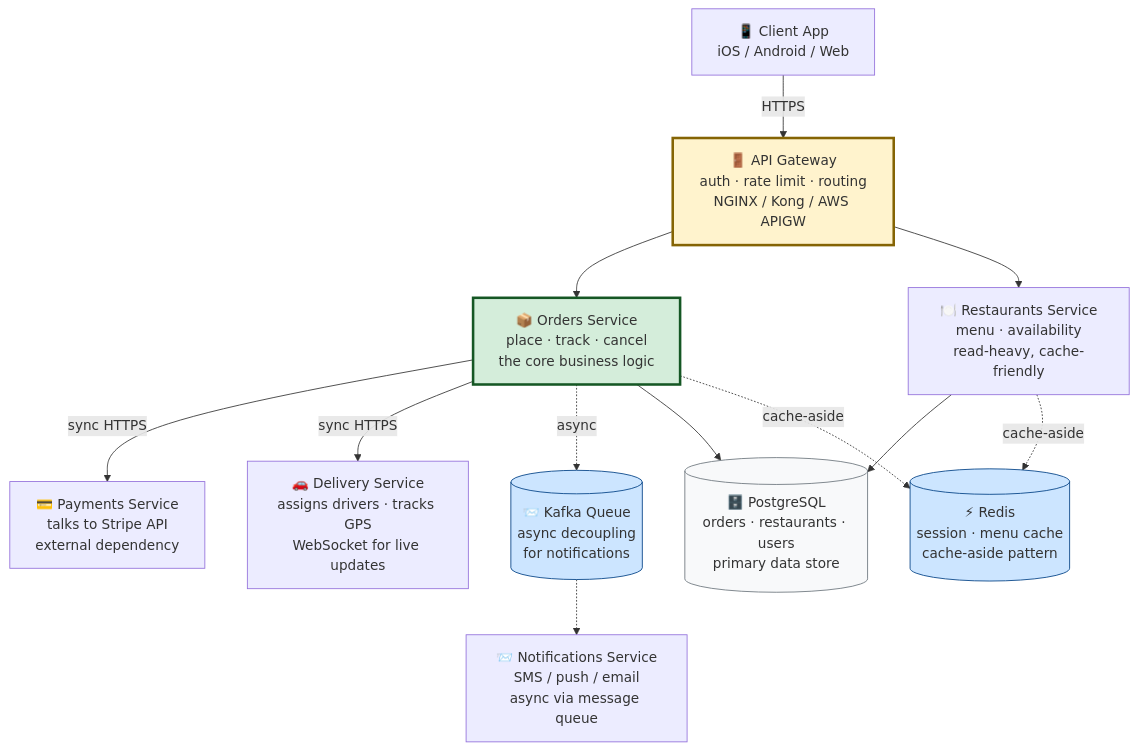
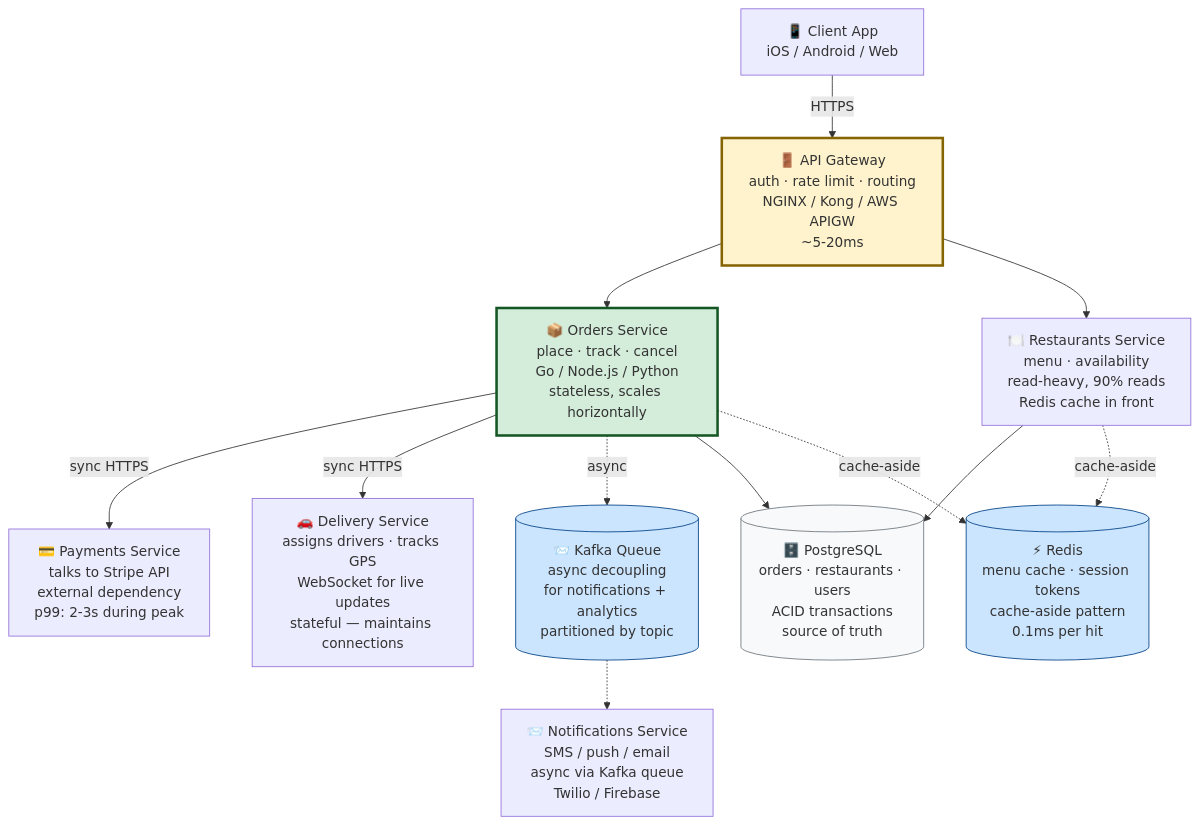
The diagram in chapters/00-start-here/0.0-the-friday-night-problem.md (AdilShamim8/System-Design-For-AI), drawn with Mermaid before and after one commit. The commit also changed other lines of this file and 32 other files, not shown here.

````diff
--- a/chapters/00-start-here/0.0-the-friday-night-problem.md
+++ b/chapters/00-start-here/0.0-the-friday-night-problem.md
@@ -127,31 +126,31 @@
 ```mermaid
 graph TB
     Client[📱 Client App<br/>iOS / Android / Web]
-    Gateway[🚪 API Gateway<br/>auth · rate limit · routing<br/>NGINX / Kong / AWS APIGW]
-    Orders[📦 Orders Service<br/>place · track · cancel<br/>the core business logic]
-    Restaurants[🍽️ Restaurants Service<br/>menu · availability<br/>read-heavy, cache-friendly]
-    Payments[💳 Payments Service<br/>talks to Stripe API<br/>external dependency]
-    Delivery[🚗 Delivery Service<br/>assigns drivers · tracks GPS<br/>WebSocket for live updates]
-    Notifications[📨 Notifications Service<br/>SMS / push / email<br/>async via message queue]
-    DB[(🗄️ PostgreSQL<br/>orders · restaurants · users<br/>primary data store)]
-    Cache[(⚡ Redis<br/>session · menu cache<br/>cache-aside pattern)]
-    Queue[(📨 Kafka Queue<br/>async decoupling<br/>for notifications)]
+    Gateway[🚪 API Gateway<br/>auth · rate limit · routing<br/>NGINX / Kong / AWS APIGW<br/>~5-20ms]
+    Orders[📦 Orders Service<br/>place · track · cancel<br/>Go / Node.js / Python<br/>stateless, scales horizontally]
+    Restaurants[🍽️ Restaurants Service<br/>menu · availability<br/>read-heavy, 90% reads<br/>Redis cache in front]
+    Payments[💳 Payments Service<br/>talks to Stripe API<br/>external dependency<br/>p99: 2-3s during peak]
+    Delivery[🚗 Delivery Service<br/>assigns drivers · tracks GPS<br/>WebSocket for live updates<br/>stateful — maintains connections]
+    Notifications[📨 Notifications Service<br/>SMS / push / email<br/>async via Kafka queue<br/>Twilio / Firebase]
+    DB[(🗄️ PostgreSQL<br/>orders · restaurants · users<br/>ACID transactions<br/>source of truth)]
+    Cache[(⚡ Redis<br/>menu cache · session tokens<br/>cache-aside pattern<br/>0.1ms per hit)]
+    Queue[(📨 Kafka Queue<br/>async decoupling<br/>for notifications + analytics<br/>partitioned by topic)]
 
     Client -->|HTTPS| Gateway
     Gateway --> Orders
     Gateway --> Restaurants
     Orders -->|sync HTTPS| Payments
     Orders -->|sync HTTPS| Delivery
     Orders -.->|async| Queue
     Queue -.-> Notifications
     Orders --> DB
     Orders -.->|cache-aside| Cache
     Restaurants --> DB
     Restaurants -.->|cache-aside| Cache
 
     style Gateway fill:#fff3cd,stroke:#856404,stroke-width:3px
     style Orders fill:#d4edda,stroke:#155724,stroke-width:3px
     style Cache fill:#cce5ff,stroke:#004085
     style Queue fill:#cce5ff,stroke:#004085
     style DB fill:#f8f9fa,stroke:#6c757d
 ```
````
